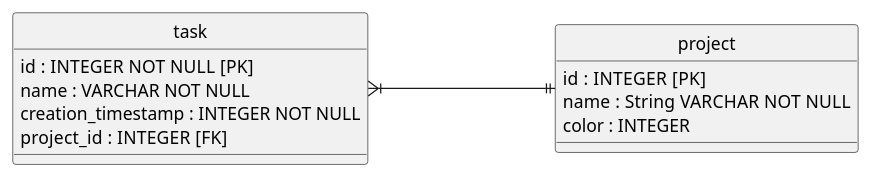
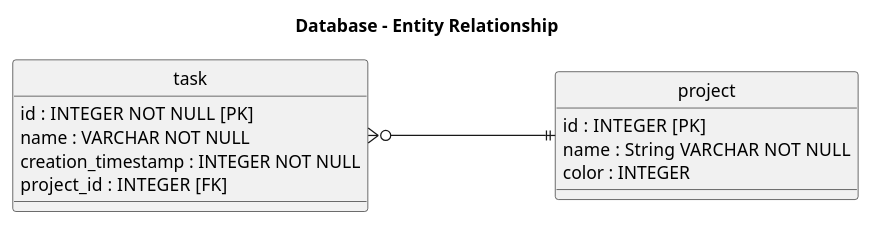
Before and after one commit to sitatec/Todoc: the diagram in app/src/uml/database/database_model.puml, drawn with PlantUML. The commit also changed 2 other files, not shown here.

Commit message:
update uml diagrams

```diff
--- a/app/src/uml/database/database_model.puml
+++ b/app/src/uml/database/database_model.puml
@@ -1,21 +1,23 @@
 @startuml
+
+    title "Database - Entity Relationship"
 
     skinparam nodesep 150
     hide circle
 
     entity task {
         id : INTEGER NOT NULL  [PK]
         name : VARCHAR NOT NULL
         creation_timestamp : INTEGER NOT NULL
         project_id : INTEGER  [FK]
     }
 
     entity project {
         id : INTEGER  [PK]
         name : String  VARCHAR NOT NULL
         color : INTEGER
     }
 
-    task }|-|| project
+    task }o-|| project
 
 @enduml
```
